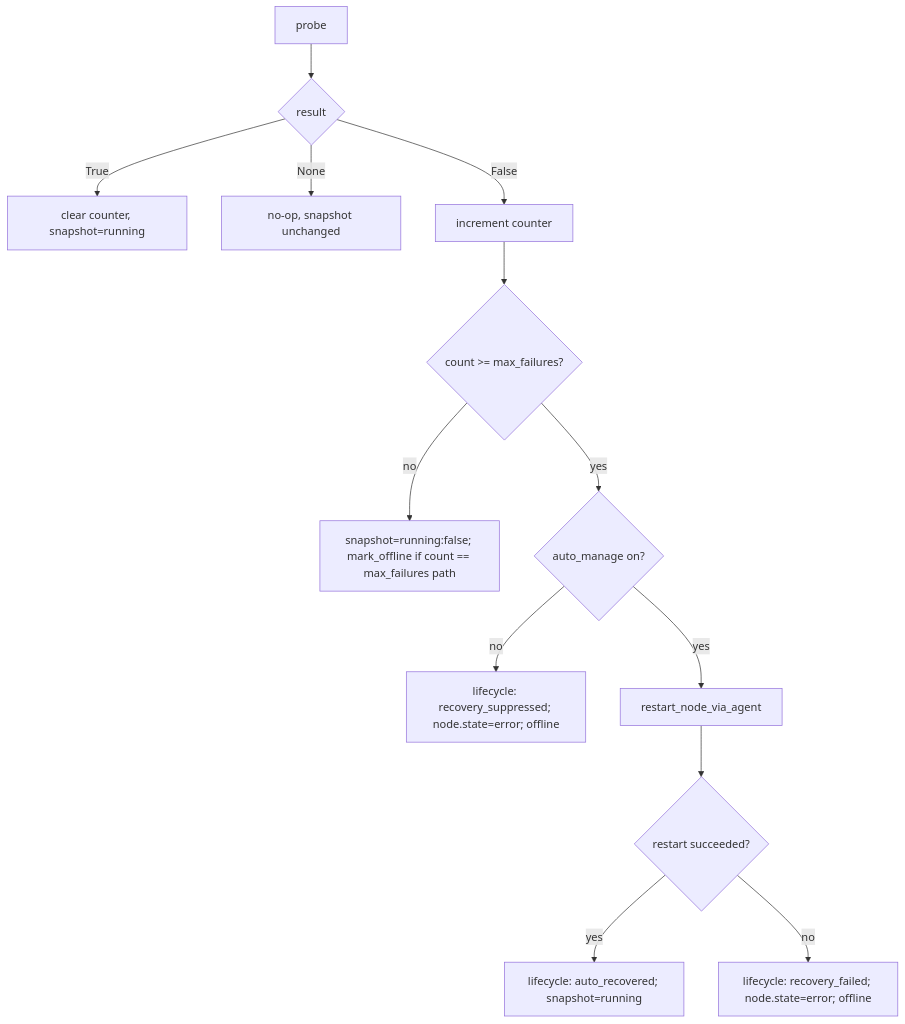
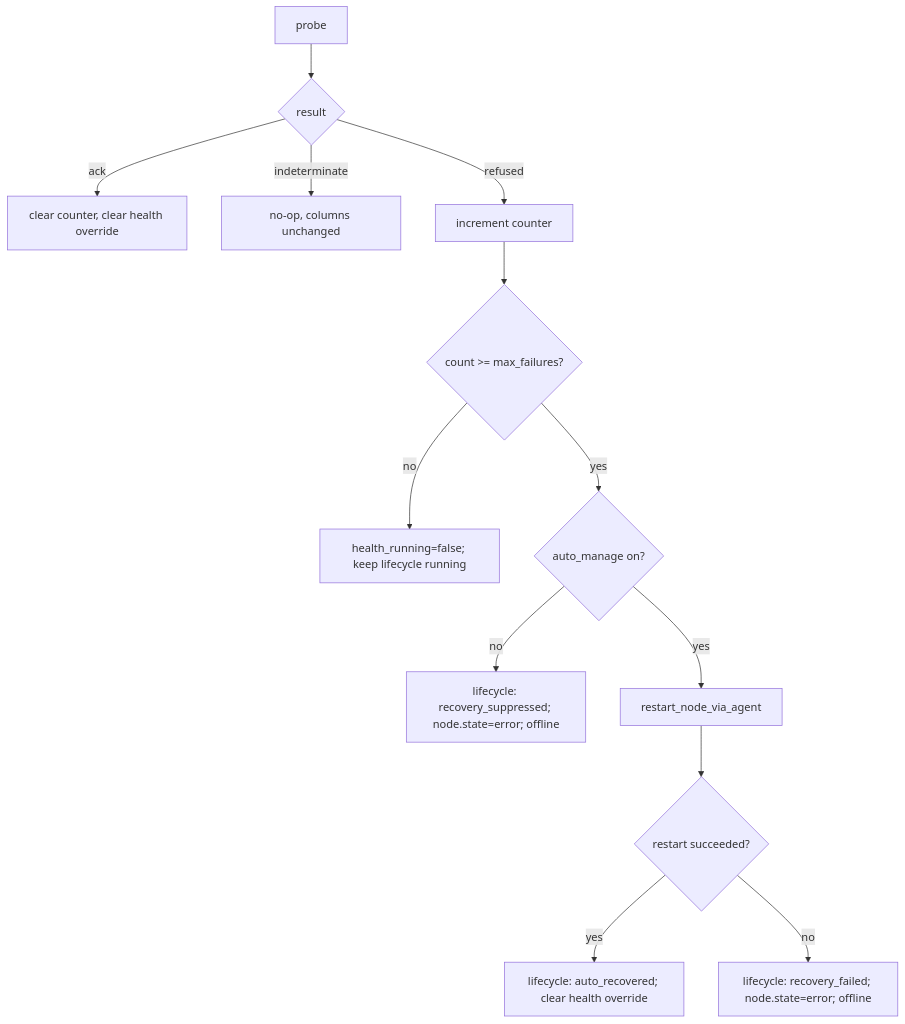
The second of 2 diagrams in docs/design/03-health-and-reconciliation.md (quidow/gridfleet), drawn with Mermaid before and after one commit. The commit also changed other lines of this file and 45 other files, not shown here.

````diff
--- a/docs/design/03-health-and-reconciliation.md
+++ b/docs/design/03-health-and-reconciliation.md
@@ -147,15 +128,15 @@
 ```mermaid
 flowchart TD
     A[probe] --> B{result}
-    B -- True --> C[clear counter, snapshot=running]
-    B -- None --> D[no-op, snapshot unchanged]
-    B -- False --> E[increment counter]
+    B -- ack --> C[clear counter, clear health override]
+    B -- indeterminate --> D[no-op, columns unchanged]
+    B -- refused --> E[increment counter]
     E --> F{count >= max_failures?}
-    F -- no --> G[snapshot=running:false; mark_offline if count == max_failures path]
+    F -- no --> G[health_running=false; keep lifecycle running]
     F -- yes --> H{auto_manage on?}
     H -- no --> I[lifecycle: recovery_suppressed; node.state=error; offline]
     H -- yes --> J[restart_node_via_agent]
     J --> K{restart succeeded?}
-    K -- yes --> L[lifecycle: auto_recovered; snapshot=running]
+    K -- yes --> L[lifecycle: auto_recovered; clear health override]
     K -- no --> M[lifecycle: recovery_failed; node.state=error; offline]
 ```
````
